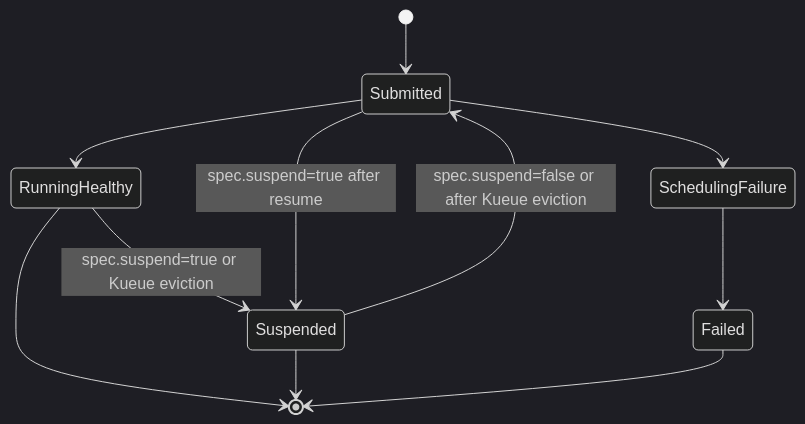
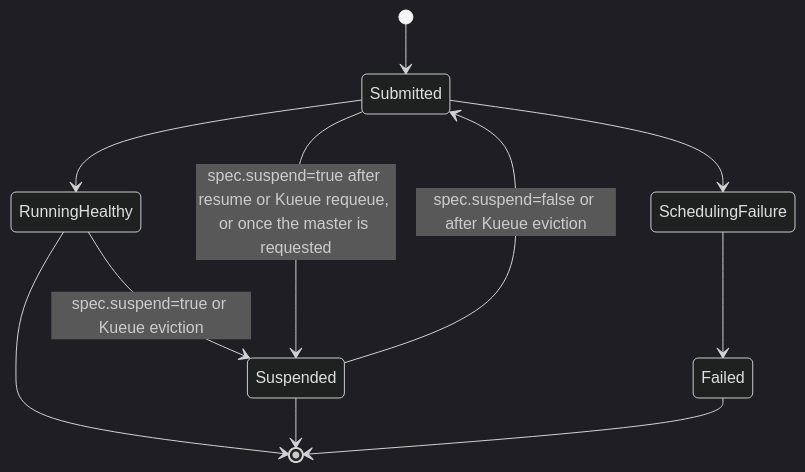
Before and after one commit to apache/spark-kubernetes-operator: the third of 3 diagrams in docs/architecture.md, drawn with Mermaid (dark theme). The commit also changed 4 other files, not shown here.

````diff
--- a/docs/architecture.md
+++ b/docs/architecture.md
@@ -194,18 +194,18 @@
 ```mermaid
 stateDiagram-v2
 
     [*] --> Submitted
 
     Submitted --> RunningHealthy
     Submitted --> SchedulingFailure
 
     SchedulingFailure --> Failed
 
     RunningHealthy --> Suspended : spec.suspend=true or Kueue eviction
     Suspended --> Submitted : spec.suspend=false or after Kueue eviction
-    Submitted --> Suspended : spec.suspend=true after resume
+    Submitted --> Suspended : spec.suspend=true after resume or Kueue requeue, or once the master is requested
 
     RunningHealthy --> [*]
     Suspended --> [*]
     Failed --> [*]
 ```
````
